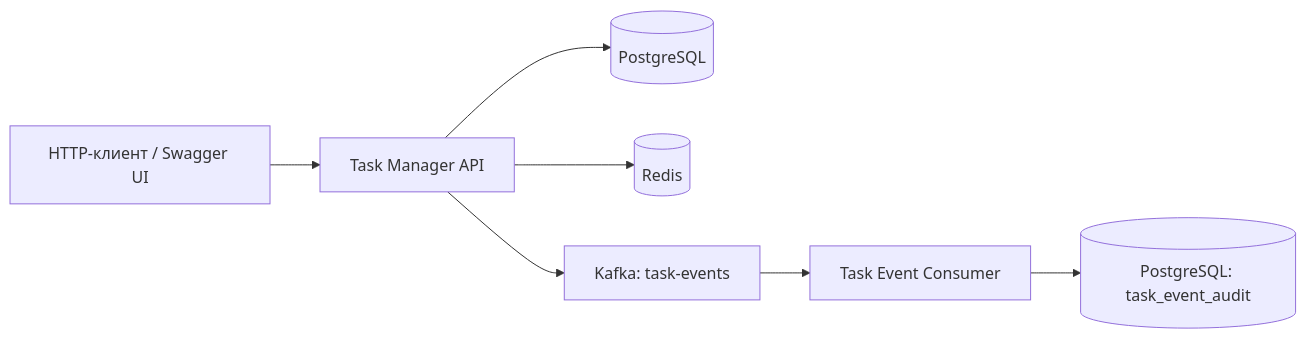
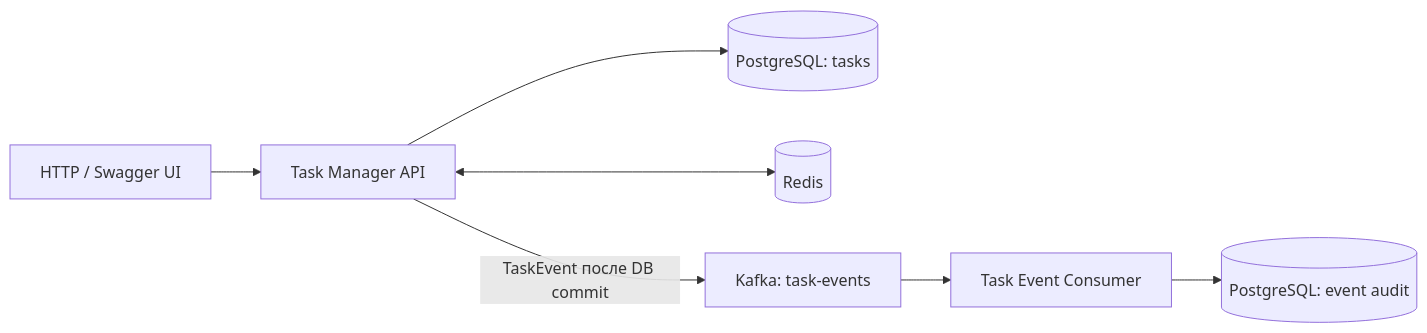
Before and after one commit to KULICHx/task-manager: the diagram in README.md, drawn with Mermaid. The commit also changed other lines of this file and 3 other files, not shown here.

````diff
--- a/README.md
+++ b/README.md
@@ -25,9 +34,9 @@
 ```mermaid
 flowchart LR
-    Client[HTTP-клиент / Swagger UI] --> API[Task Manager API]
-    API --> DB[(PostgreSQL)]
-    API --> Redis[(Redis)]
-    API --> Kafka[Kafka: task-events]
+    Client[HTTP / Swagger UI] --> API[Task Manager API]
+    API --> DB[(PostgreSQL: tasks)]
+    API <--> Cache[(Redis)]
+    API -->|TaskEvent после DB commit| Kafka[Kafka: task-events]
     Kafka --> Consumer[Task Event Consumer]
-    Consumer --> AuditDB[(PostgreSQL: task_event_audit)]
+    Consumer --> Audit[(PostgreSQL: event audit)]
 ```
````
